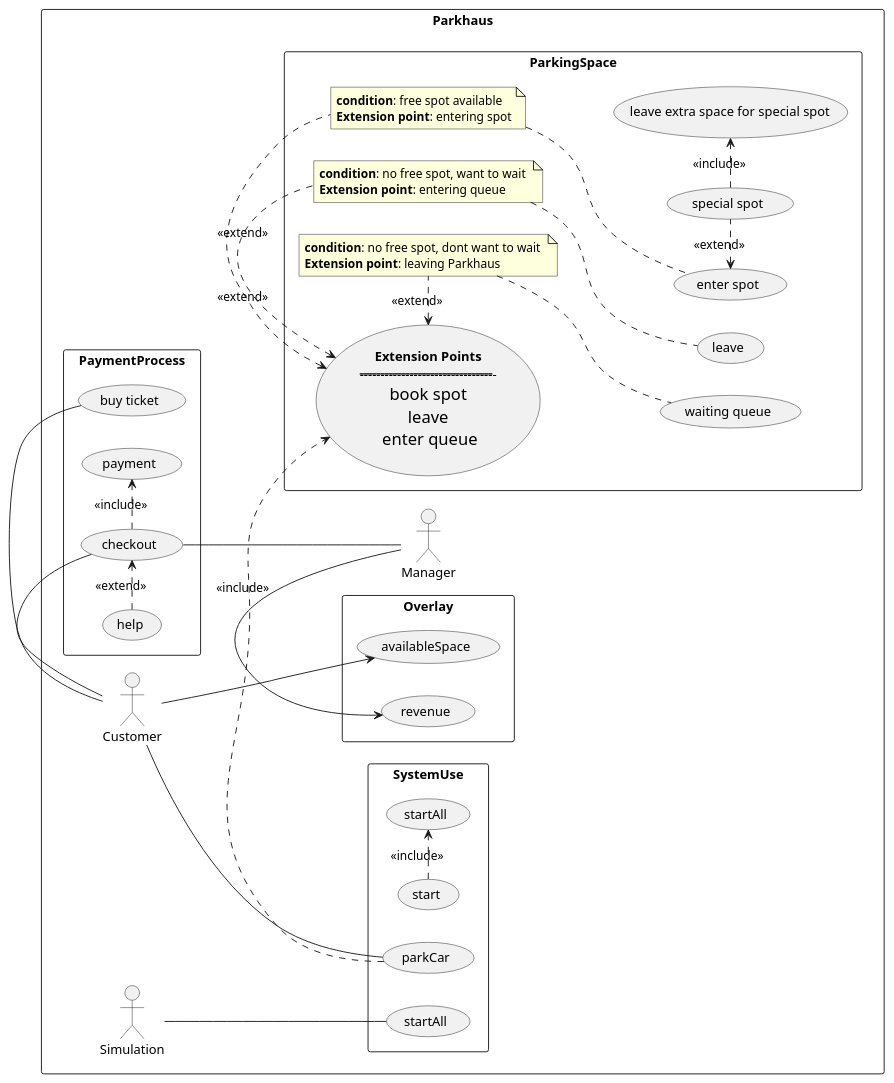
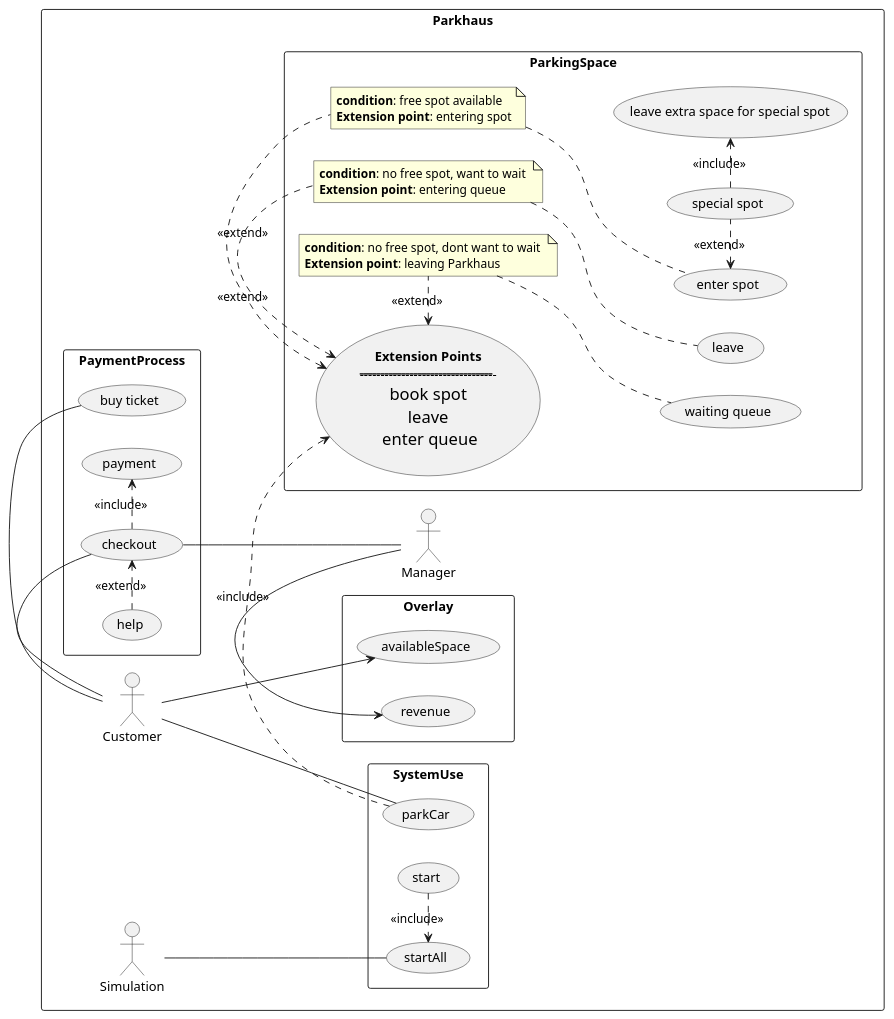
The diagram in src/main/exercise4/uc_Parkhaus.puml (1nbetw33n/Parkhaus_new), drawn with PlantUML before and after one commit.

Commit message:
Changed SystemUse, Simulation now only uses one startAll

```diff
--- a/src/main/exercise4/uc_Parkhaus.puml
+++ b/src/main/exercise4/uc_Parkhaus.puml
@@ -1,57 +1,57 @@
 @startuml
 left to right direction
 skinparam packageStyle rectangle
 
 package Parkhaus {
     actor Simulation as S
     actor Customer as C
     actor Manager as M
 
     rectangle SystemUse {
-        S -- (startAll)
         (startAll) as (sA)
         (parkCar) as pC
 
         (start) .> (sA) : <<include>>
+        S -- (sA)
         C -- (pC)
     }
 
 
     rectangle ParkingSpace {
         (** Extension Points **\n ----------------------------------------------------------------------------------------------------------------------------------------------------------------- \n <size:18>book spot</size> \n <size:18>leave</size> \n <size:18>enter queue</size>) as E1
         note "**condition**: free spot available \n**Extension point**: entering spot" as n1
         note "**condition**: no free spot, want to wait \n**Extension point**: entering queue" as n2
         note "**condition**: no free spot, dont want to wait \n**Extension point**: leaving Parkhaus" as n3
         (enter spot) as (es)
         (special spot) as (ss)
         (leave extra space for special spot) as (extra spot)
         (waiting queue) as (wq)
 
         (pC) .> E1 : <<include>>
         E1 <. n1 : <<extend>>
         n1 .. (es)
         E1 <. n2 : <<extend>>
         n2 .. (leave)
         E1 <. n3 : <<extend>>
         n3 .. (wq)
         (es) <. (ss) : <<extend>>
         (ss) .> (extra spot) : <<include>>
     }
 
 
     rectangle PaymentProcess {
      (checkout) .> (payment) : <<include>>
         C - (buy ticket)
         C - (checkout)
         (help) .> (checkout) : <<extend>>
         (checkout) -- M
     }
 
 
     rectangle Overlay {
         C -> (availableSpace)
         M -> (revenue)
     }
 }
 
 @enduml
```
